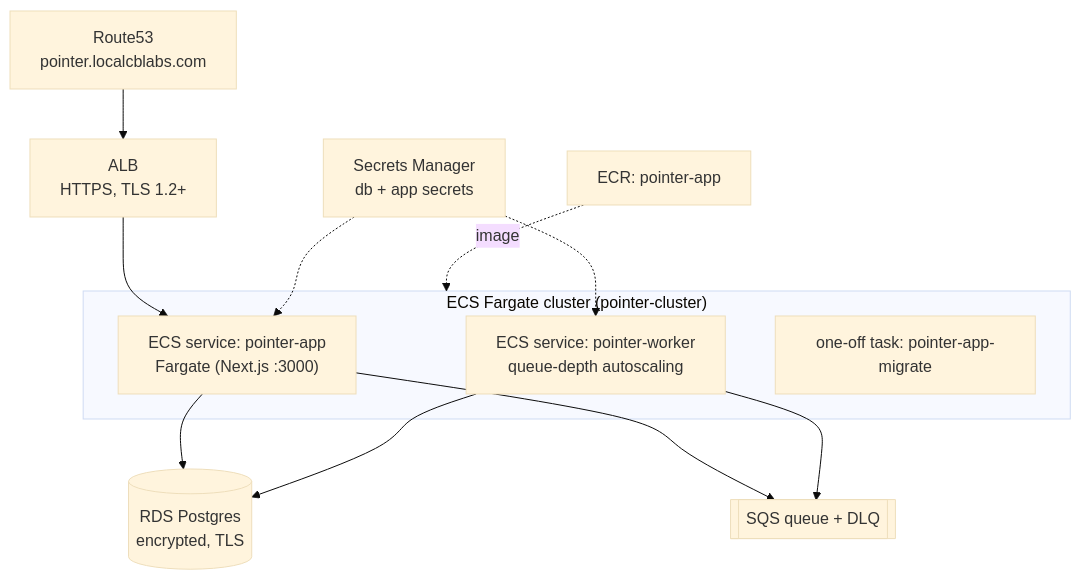
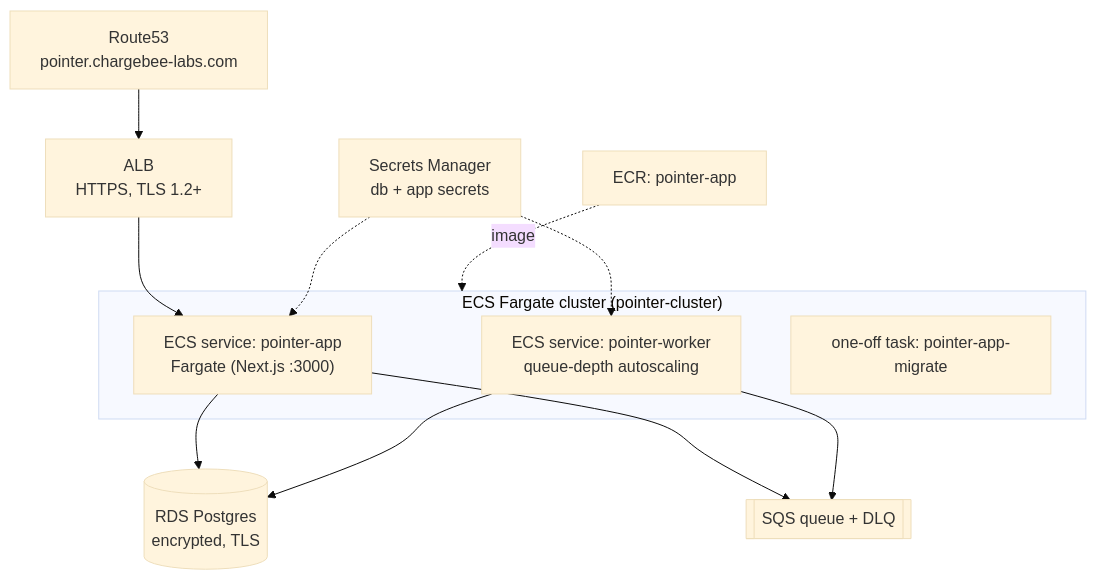
Before and after one commit to chargebee/reference-architecture: the second of 2 diagrams in pointer/ARCHITECTURE.md, drawn with Mermaid (base theme). The commit also changed other lines of this file and 3 other files, not shown here.

Commit message:
architecture and readme updates

````diff
--- a/pointer/ARCHITECTURE.md
+++ b/pointer/ARCHITECTURE.md
@@ -209,17 +156,17 @@
 ```mermaid
 flowchart TB
-    Route53["Route53<br/>pointer.localcblabs.com"] --> ALB["ALB<br/>HTTPS, TLS 1.2+"]
+    Route53["Route53<br/>pointer.chargebee-labs.com"] --> ALB["ALB<br/>HTTPS, TLS 1.2+"]
     ALB --> AppSvc["ECS service: pointer-app<br/>Fargate (Next.js :3000)"]
     subgraph ECS["ECS Fargate cluster (pointer-cluster)"]
         AppSvc
         WorkerSvc["ECS service: pointer-worker<br/>queue-depth autoscaling"]
         Migrate["one-off task: pointer-app-migrate"]
     end
     AppSvc --> RDS[("RDS Postgres<br/>encrypted, TLS")]
     WorkerSvc --> RDS
     AppSvc --> SQS[["SQS queue + DLQ"]]
     WorkerSvc --> SQS
     Secrets["Secrets Manager<br/>db + app secrets"] -.-> AppSvc
     Secrets -.-> WorkerSvc
     ECR["ECR: pointer-app"] -.image.-> ECS
 ```
````
